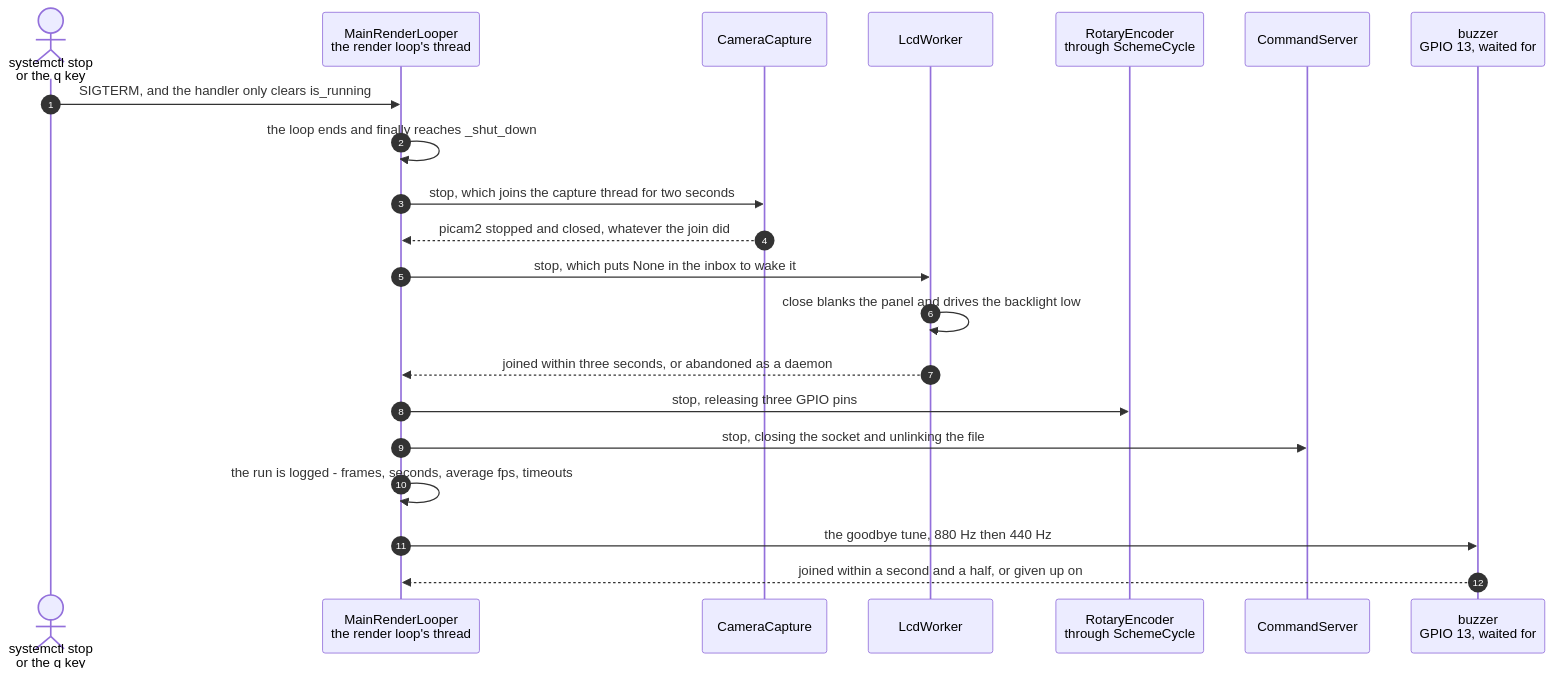
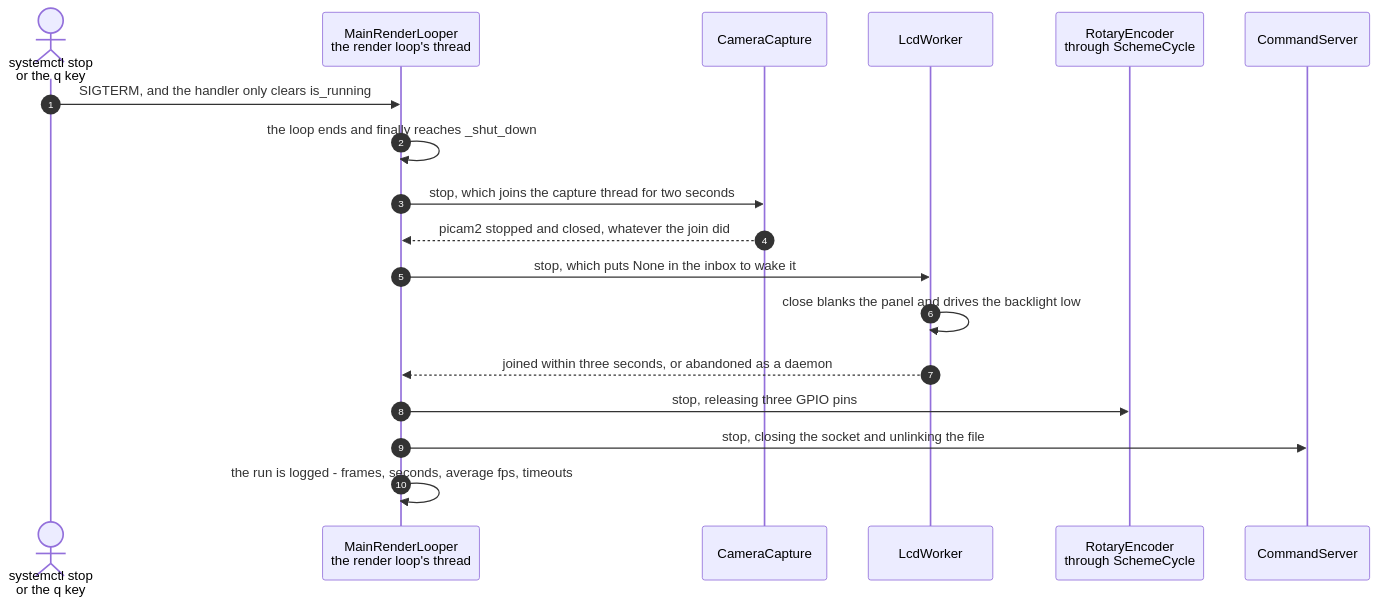
The diagram in docs/scenarios/the-camera-panel-encoder-and-socket-are-released-on-shutdown.md (replicant1/AsciiArt-Pi), drawn with Mermaid before and after one commit. The commit also changed other lines of this file and 9 other files, not shown here.

First line of the commit message:
Move the goodbye tune to a systemd shutdown hook, and fix a cut note

````diff
--- a/docs/scenarios/the-camera-panel-encoder-and-socket-are-released-on-shutdown.md
+++ b/docs/scenarios/the-camera-panel-encoder-and-socket-are-released-on-shutdown.md
@@ -43,24 +42,21 @@
 ```mermaid
 sequenceDiagram
     autonumber
     actor Sig as systemctl stop<br/>or the q key
     participant App as MainRenderLooper<br/>the render loop's thread
     participant Cam as CameraCapture
     participant W as LcdWorker
     participant Enc as RotaryEncoder<br/>through SchemeCycle
     participant CS as CommandServer
-    participant Bz as buzzer<br/>GPIO 13, waited for
 
     Sig->>App: SIGTERM, and the handler only clears is_running
     App->>App: the loop ends and finally reaches _shut_down
     App->>Cam: stop, which joins the capture thread for two seconds
     Cam-->>App: picam2 stopped and closed, whatever the join did
     App->>W: stop, which puts None in the inbox to wake it
     W->>W: close blanks the panel and drives the backlight low
     W-->>App: joined within three seconds, or abandoned as a daemon
     App->>Enc: stop, releasing three GPIO pins
     App->>CS: stop, closing the socket and unlinking the file
     App->>App: the run is logged - frames, seconds, average fps, timeouts
-    App->>Bz: the goodbye tune, 880 Hz then 440 Hz
-    Bz-->>App: joined within a second and a half, or given up on
 ```
````
